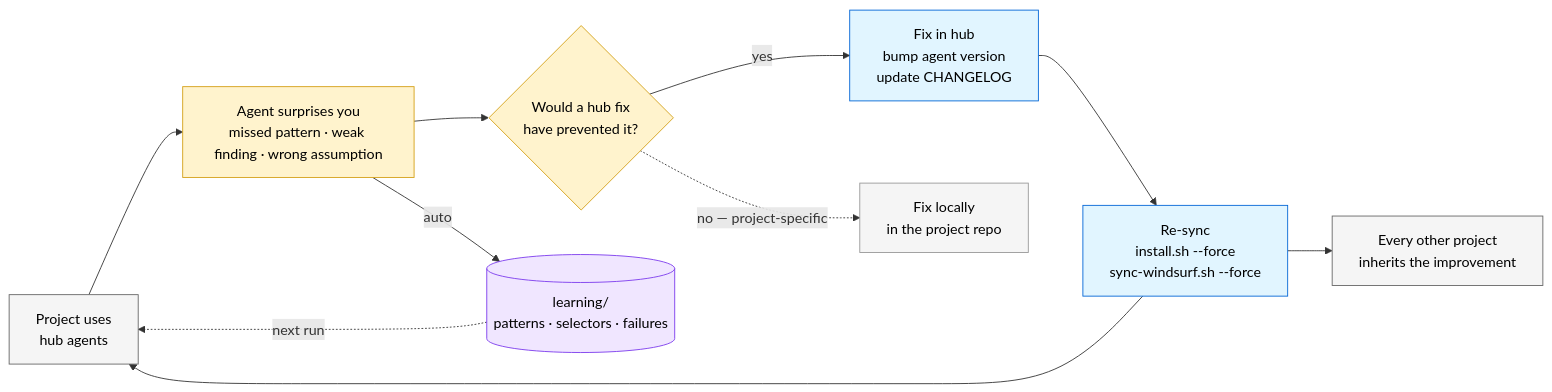
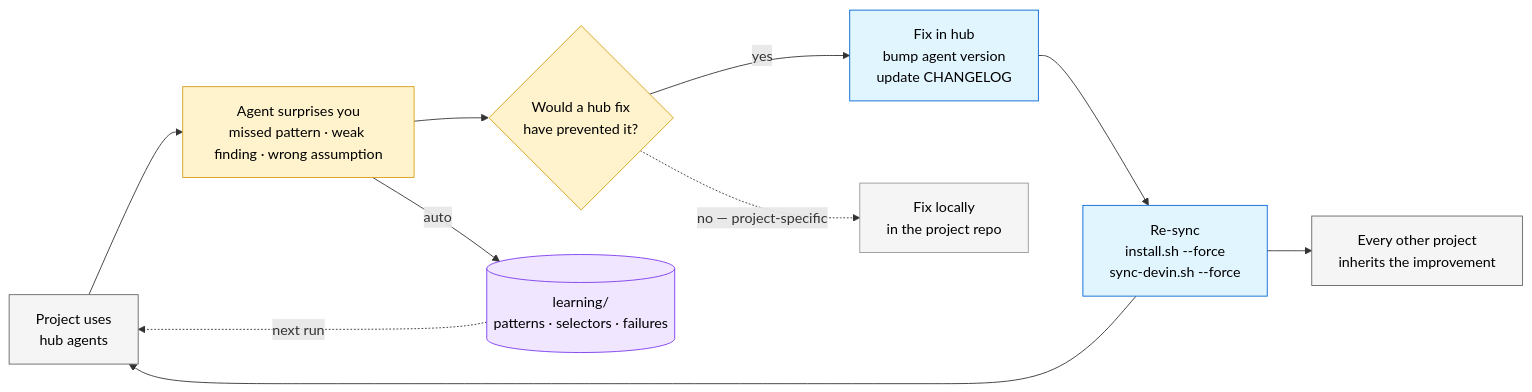
The diagram in diagrams/03-drift-loop.md (kpassoubady/agent-hub), drawn with Mermaid before and after one commit. The commit also changed other lines of this file and 18 other files, not shown here.

First line of the commit message:
feat: add per-tool installers and install_all for Claude, Devin, Gemini, and Copilot. (#7)

````diff
--- a/diagrams/03-drift-loop.md
+++ b/diagrams/03-drift-loop.md
@@ -7,29 +7,29 @@
 ```mermaid
 flowchart LR
     Use[Project uses<br/>hub agents]
     Surprise[Agent surprises you<br/>missed pattern · weak finding · wrong assumption]
     Diagnose{Would a hub fix<br/>have prevented it?}
     Fix[Fix in hub<br/>bump agent version<br/>update CHANGELOG]
-    Propagate[Re-sync<br/>install.sh --force<br/>sync-windsurf.sh --force]
+    Propagate[Re-sync<br/>install.sh --force<br/>sync-devin.sh --force]
     Others[Every other project<br/>inherits the improvement]
 
     Use --> Surprise
     Surprise --> Diagnose
     Diagnose -->|"yes"| Fix
     Diagnose -.->|"no — project-specific"| Local[Fix locally<br/>in the project repo]
     Fix --> Propagate
     Propagate --> Use
     Propagate --> Others
 
     Surprise -->|"auto"| Learn[("learning/<br/>patterns · selectors · failures")]
     Learn -.->|"next run"| Use
 
     style Use fill:#f5f5f5,stroke:#666,color:#000
     style Others fill:#f5f5f5,stroke:#666,color:#000
     style Surprise fill:#fff3cd,stroke:#d4a017,color:#000
     style Diagnose fill:#fff3cd,stroke:#d4a017,color:#000
     style Fix fill:#e1f5ff,stroke:#0366d6,color:#000
     style Propagate fill:#e1f5ff,stroke:#0366d6,color:#000
     style Local fill:#f5f5f5,stroke:#999,color:#000
     style Learn fill:#f0e6ff,stroke:#7c3aed,color:#000
 ```
````
